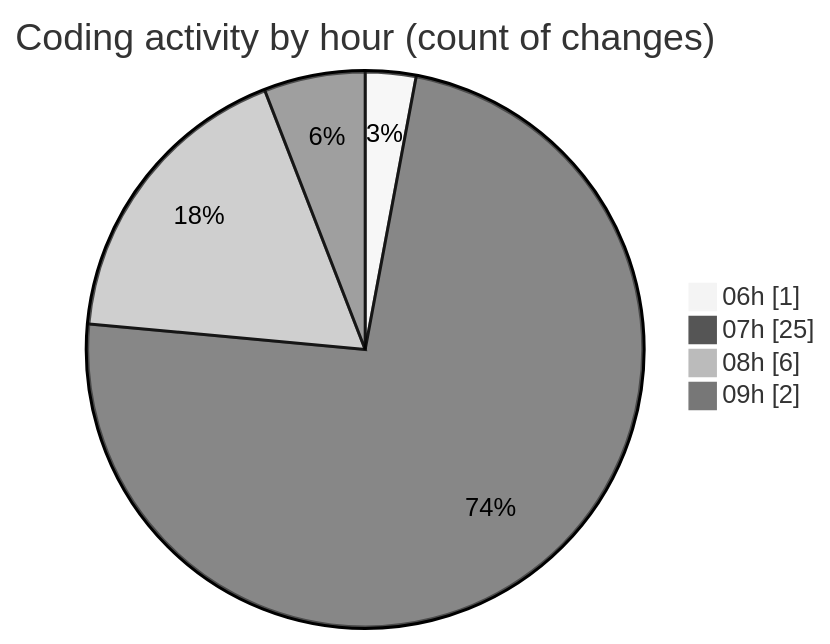
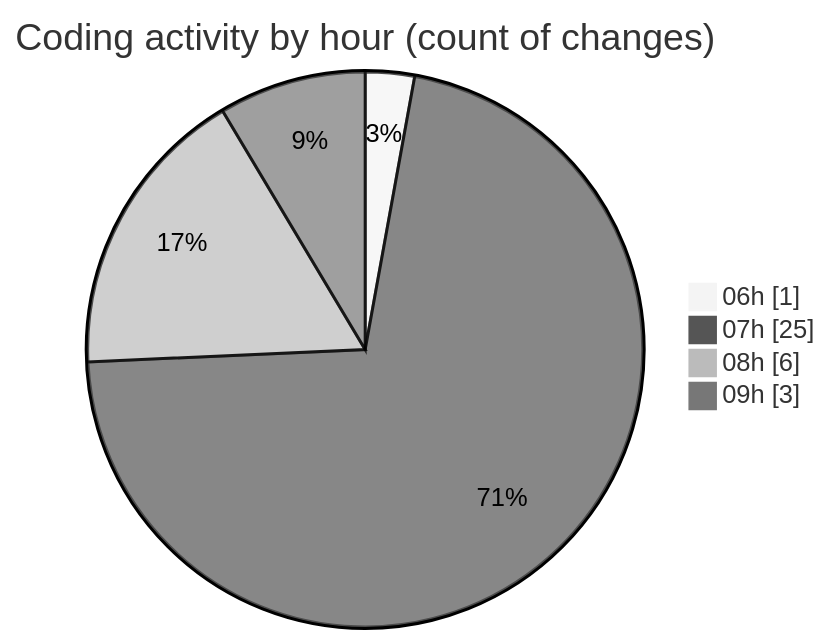
The second of 2 diagrams in 2025-04-10/zeytoon/README.md (vahidmafi/code-tracking), drawn with Mermaid (neutral theme) before and after one commit. The commit also changed other lines of this file and 1 other file, not shown here.

````diff
--- a/2025-04-10/zeytoon/README.md
+++ b/2025-04-10/zeytoon/README.md
@@ -39,8 +39,8 @@
 ```mermaid
 pie showData
 title Coding activity by hour (count of changes)
 "06h" : 1
 "07h" : 25
 "08h" : 6
-"09h" : 2
+"09h" : 3
 ```
````
